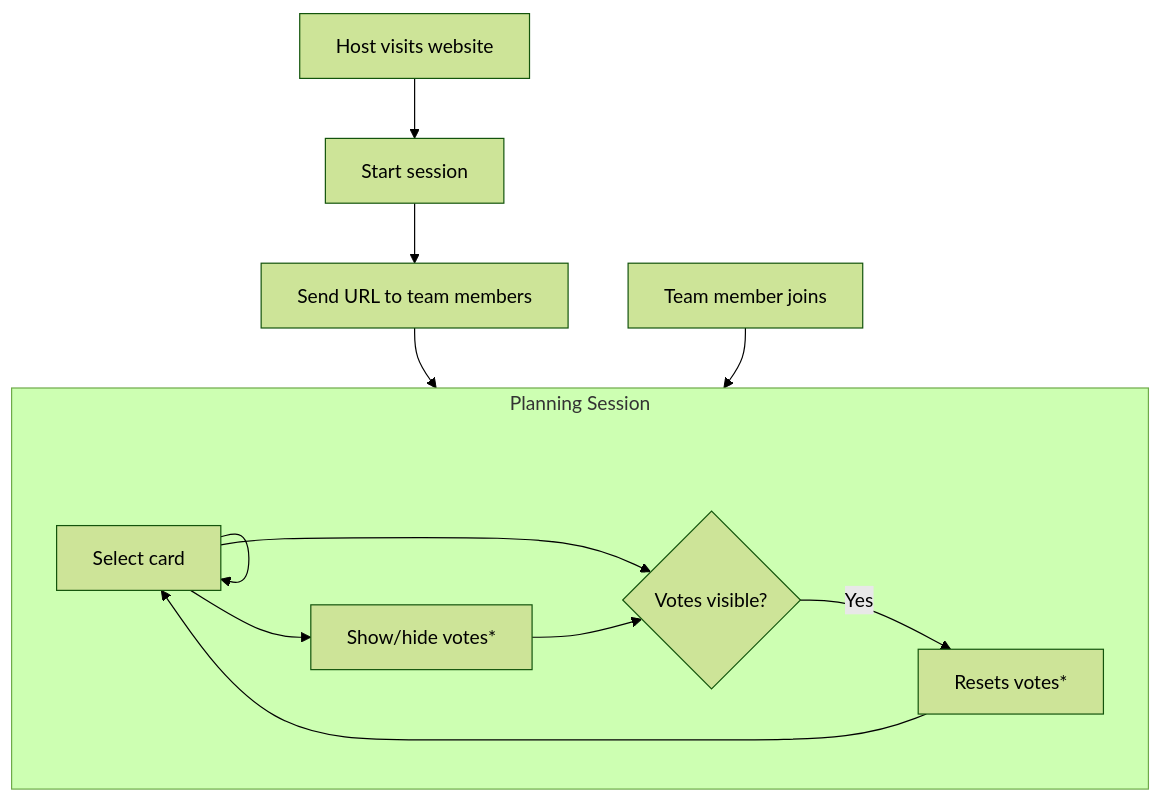
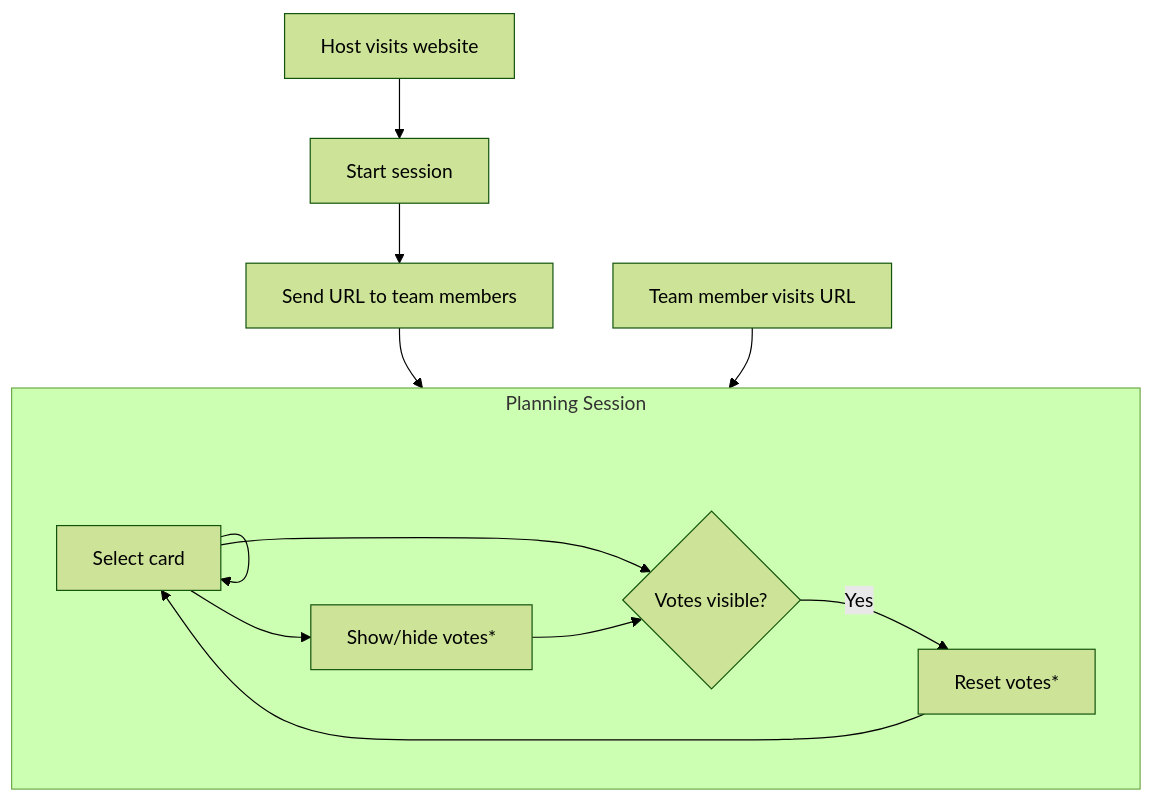
One commit to ably-labs/agile-flush-vue-app changed the diagram in diagrams/functionality.mmd. Above: the diagram before and after it, drawn with Mermaid (forest theme). The commit also changed 16 other files, not shown here.

Commit message:
Add sequence diagams

```diff
--- a/diagrams/functionality.mmd
+++ b/diagrams/functionality.mmd
@@ -1,11 +1,11 @@
 flowchart TD
     step1[Host visits website]-->step2
     step2[Start session]-->step3
     step3[Send URL to team members]-->voting
-    step4[Team member joins]-->voting
+    step4[Team member visits URL]-->voting
     subgraph voting [Planning Session]
         step5[Select card]-->step5 & step6 & step7
         step6[Show/hide votes*]-->step7
         step7{Votes visible?}--Yes-->step8
-        step8[Resets votes*]-->step5
+        step8[Reset votes*]-->step5
     end
```
